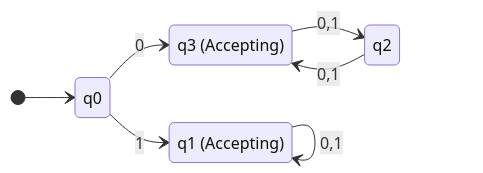
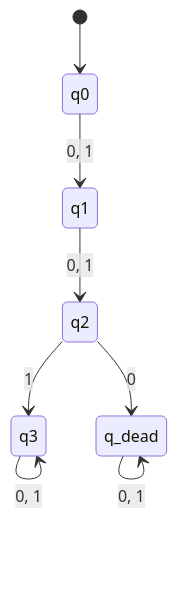
The third of 12 diagrams in School/CP414 Foundations of Computing/Assignments/Assignment 1.md (vikas-movva/Obsidian), drawn with Mermaid before and after one commit. The commit also changed other lines of this file and 1 other file, not shown here.

````diff
--- a/School/CP414 Foundations of Computing/Assignments/Assignment 1.md
+++ b/School/CP414 Foundations of Computing/Assignments/Assignment 1.md
@@ -3,12 +43,11 @@
 ```mermaid
 stateDiagram-v2
-    direction LR
     [*] --> q0
-    q0 --> q1: 1
-    q0 --> q3: 0
-    q3 --> q2: 0,1
-    q2 --> q3: 0,1
-    q1 --> q1: 0,1
-    q1: q1 (Accepting)
-    q3: q3 (Accepting)
+    q0 --> q1: 0, 1
+    q1 --> q2: 0, 1
+    q2 --> q3: 1
+    q2 --> q_dead: 0
+    state q3 <<accept>>
+    q3 --> q3: 0, 1
+    q_dead --> q_dead: 0, 1
 ```
````
